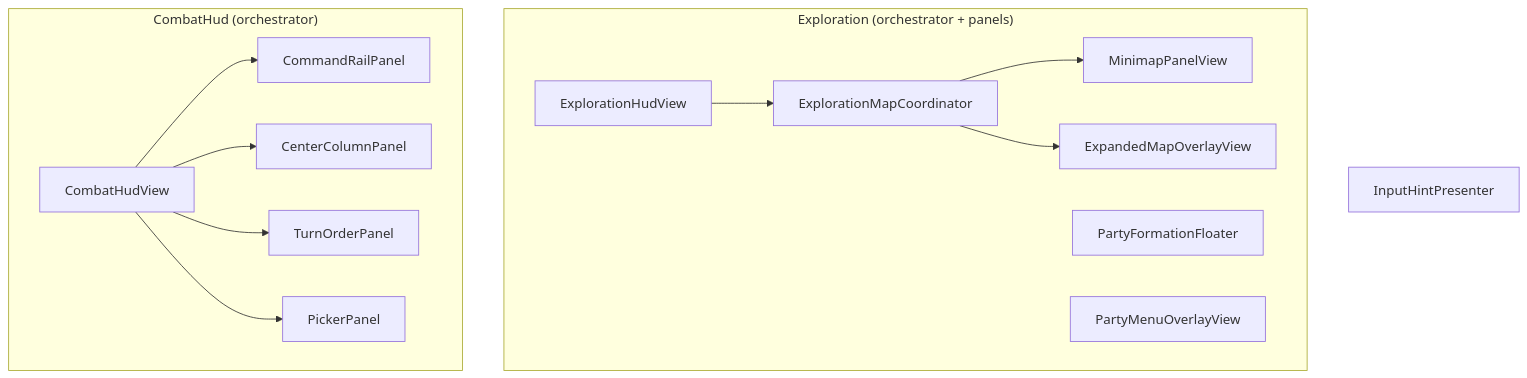
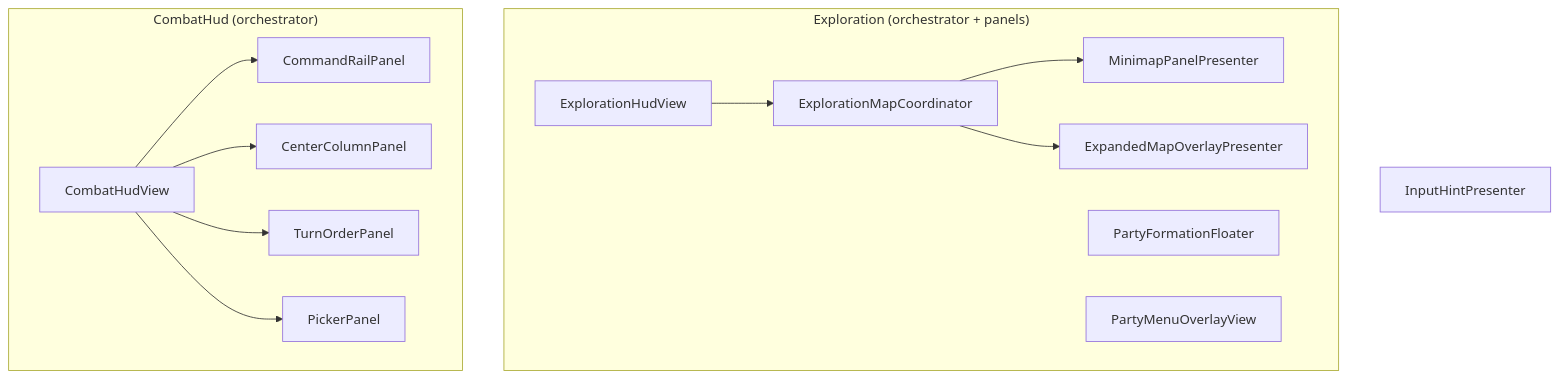
One commit to miramocha/griddungeon-design-docs changed the diagram in docs/04-dev/layered-uitk-panels.md. Above: the diagram before and after it, drawn with Mermaid. The commit also changed other lines of this file and 14 other files, not shown here.

````diff
--- a/docs/04-dev/layered-uitk-panels.md
+++ b/docs/04-dev/layered-uitk-panels.md
@@ -54,26 +54,26 @@
 ```mermaid
 flowchart TB
     subgraph Explore["Exploration (orchestrator + panels)"]
         EHV[ExplorationHudView]
         EMC[ExplorationMapCoordinator]
-        MM[MinimapPanelView]
-        EXP[ExpandedMapOverlayView]
+        MM[MinimapPanelPresenter]
+        EXP[ExpandedMapOverlayPresenter]
         PS[PartyFormationFloater]
         PO[PartyMenuOverlayView]
     end
     subgraph Combat["CombatHud (orchestrator)"]
         CHV[CombatHudView]
         CR[CommandRailPanel]
         CC[CenterColumnPanel]
         TO[TurnOrderPanel]
         PK[PickerPanel]
     end
   IH[InputHintPresenter]
   EHV --> EMC
   EMC --> MM
   EMC --> EXP
   CHV --> CR
   CHV --> CC
   CHV --> TO
   CHV --> PK
 ```
````
